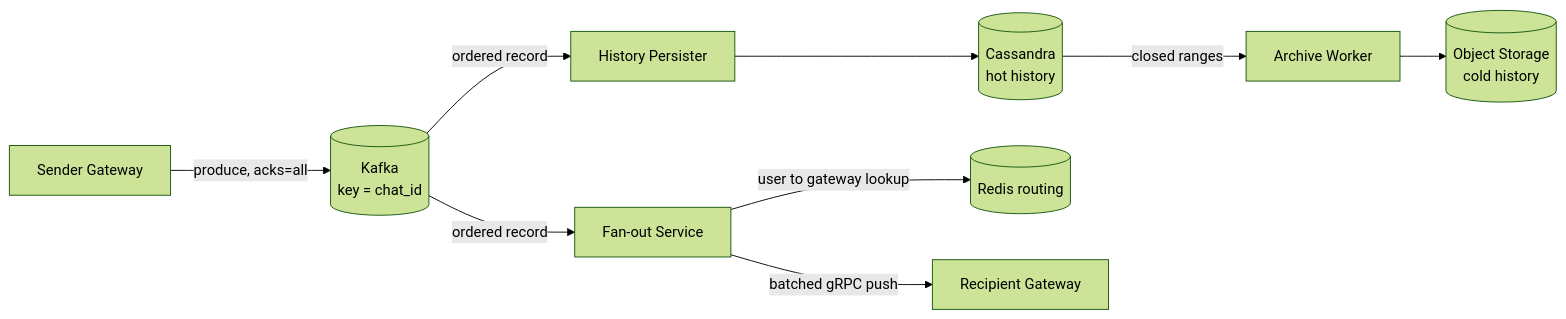
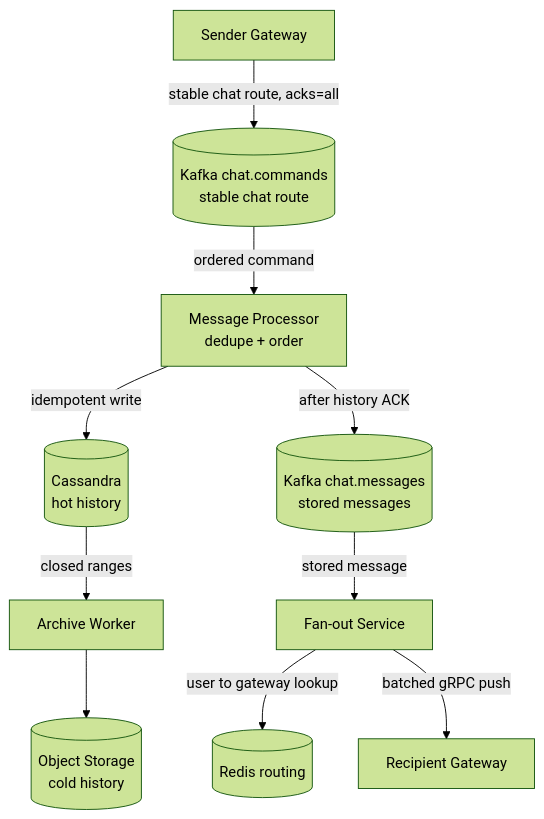
The second of 2 diagrams in docs/senior-golang-study/05-system-design/interview-cases/04.1-websocket-chat-capacity.md (fev0ks/LearnGoLang), drawn with Mermaid (forest theme) before and after one commit. The commit also changed other lines of this file and 26 other files, not shown here.

````diff
--- a/docs/senior-golang-study/05-system-design/interview-cases/04.1-websocket-chat-capacity.md
+++ b/docs/senior-golang-study/05-system-design/interview-cases/04.1-websocket-chat-capacity.md
@@ -217,23 +228,25 @@
 ```mermaid
-flowchart LR
+flowchart TB
     SenderGateway["Sender Gateway"]
-    Kafka[("Kafka<br/>key = chat_id")]
-    Persister["History Persister"]
+    Intake[("Kafka chat.commands<br/>stable chat route")]
+    Processor["Message Processor<br/>dedupe + order"]
     History[("Cassandra<br/>hot history")]
+    Canonical[("Kafka chat.messages<br/>stored messages")]
     ArchiveWorker["Archive Worker"]
     Archive[("Object Storage<br/>cold history")]
 
     FanOut["Fan-out Service"]
     Routes[("Redis routing")]
     RecipientGateway["Recipient Gateway"]
 
-    SenderGateway -->|"produce, acks=all"| Kafka
-    Kafka -->|"ordered record"| Persister
-    Persister --> History
+    SenderGateway -->|"stable chat route, acks=all"| Intake
+    Intake -->|"ordered command"| Processor
+    Processor -->|"idempotent write"| History
+    Processor -->|"after history ACK"| Canonical
     History -->|"closed ranges"| ArchiveWorker
     ArchiveWorker --> Archive
 
-    Kafka -->|"ordered record"| FanOut
+    Canonical -->|"stored message"| FanOut
     FanOut -->|"user to gateway lookup"| Routes
     FanOut -->|"batched gRPC push"| RecipientGateway
 ```
````
